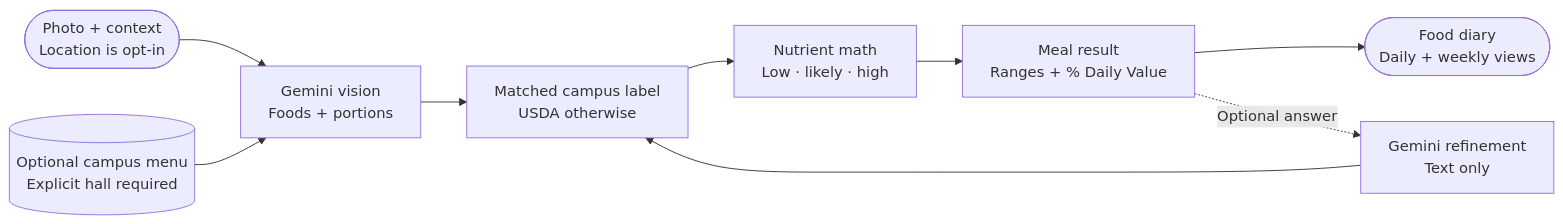
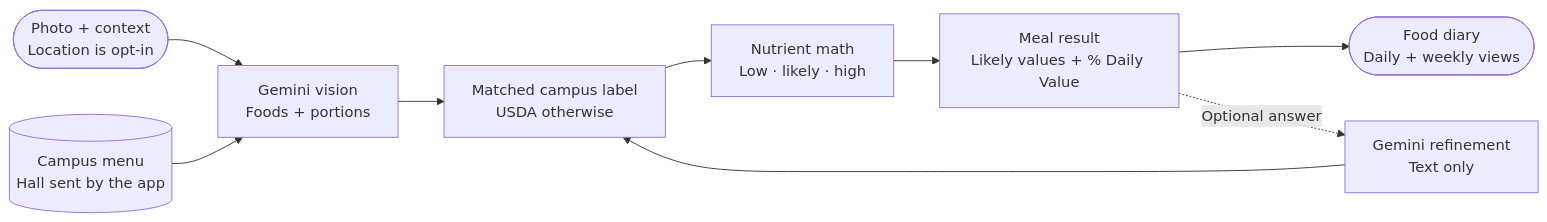
The diagram in README.md (hershey-harsh/HackUmass-26-MealScholar), drawn with Mermaid before and after one commit. The commit also changed other lines of this file, not shown here.

First line of the commit message:
README: ranges are opt-in, the match shows where its label came from

````diff
--- a/README.md
+++ b/README.md
@@ -129,11 +129,11 @@
 ```mermaid
 flowchart LR
     Photo(["Photo + context<br/>Location is opt-in"]) --> Vision["Gemini vision<br/>Foods + portions"]
-    Menu[("Optional campus menu<br/>Explicit hall required")] --> Vision
+    Menu[("Campus menu<br/>Hall sent by the app")] --> Vision
     Vision --> Sources["Matched campus label<br/>USDA otherwise"]
     Sources --> Math["Nutrient math<br/>Low · likely · high"]
-    Math --> Result["Meal result<br/>Ranges + % Daily Value"]
+    Math --> Result["Meal result<br/>Likely values + % Daily Value"]
     Result --> Diary(["Food diary<br/>Daily + weekly views"])
     Result -.->|Optional answer| Refine["Gemini refinement<br/>Text only"]
     Refine --> Sources
 ```
````
